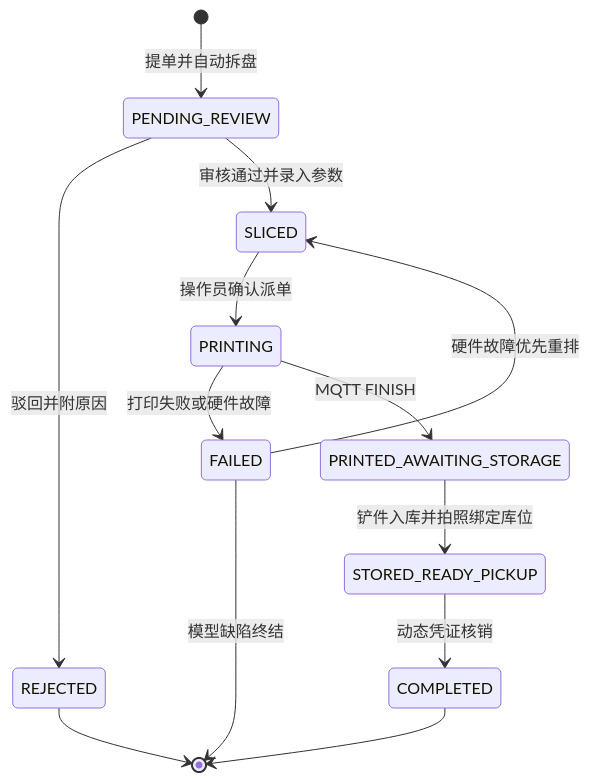
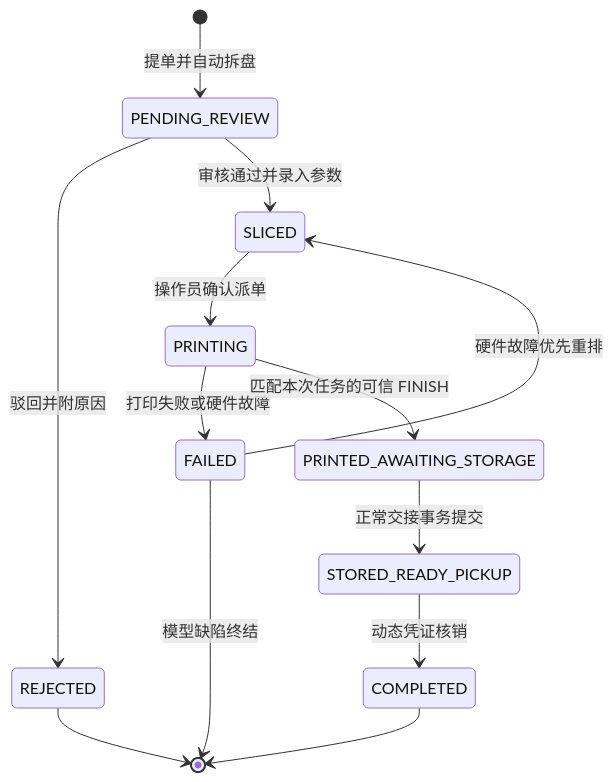
The first of 2 diagrams in docs/domain.md (TomChicken-on-github/PlateRelay), drawn with Mermaid before and after one commit. The commit also changed other lines of this file and 4 other files, not shown here.

````diff
--- a/docs/domain.md
+++ b/docs/domain.md
@@ -27,15 +27,15 @@
 ```mermaid
 stateDiagram-v2
     [*] --> PENDING_REVIEW: 提单并自动拆盘
     PENDING_REVIEW --> REJECTED: 驳回并附原因
     PENDING_REVIEW --> SLICED: 审核通过并录入参数
     SLICED --> PRINTING: 操作员确认派单
     PRINTING --> FAILED: 打印失败或硬件故障
-    PRINTING --> PRINTED_AWAITING_STORAGE: MQTT FINISH
-    PRINTED_AWAITING_STORAGE --> STORED_READY_PICKUP: 铲件入库并拍照绑定库位
+    PRINTING --> PRINTED_AWAITING_STORAGE: 匹配本次任务的可信 FINISH
+    PRINTED_AWAITING_STORAGE --> STORED_READY_PICKUP: 正常交接事务提交
     STORED_READY_PICKUP --> COMPLETED: 动态凭证核销
     FAILED --> SLICED: 硬件故障优先重排
     FAILED --> [*]: 模型缺陷终结
     REJECTED --> [*]
     COMPLETED --> [*]
 ```
````
